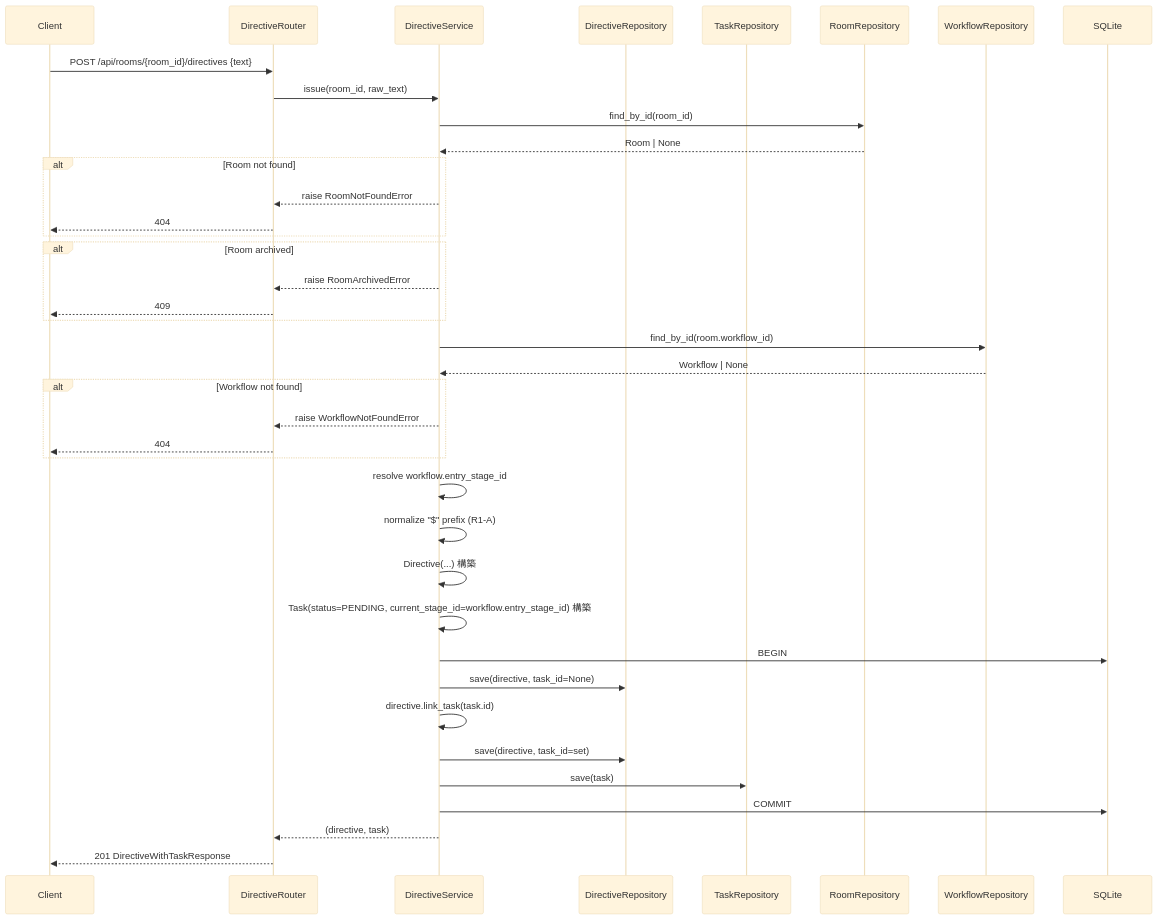
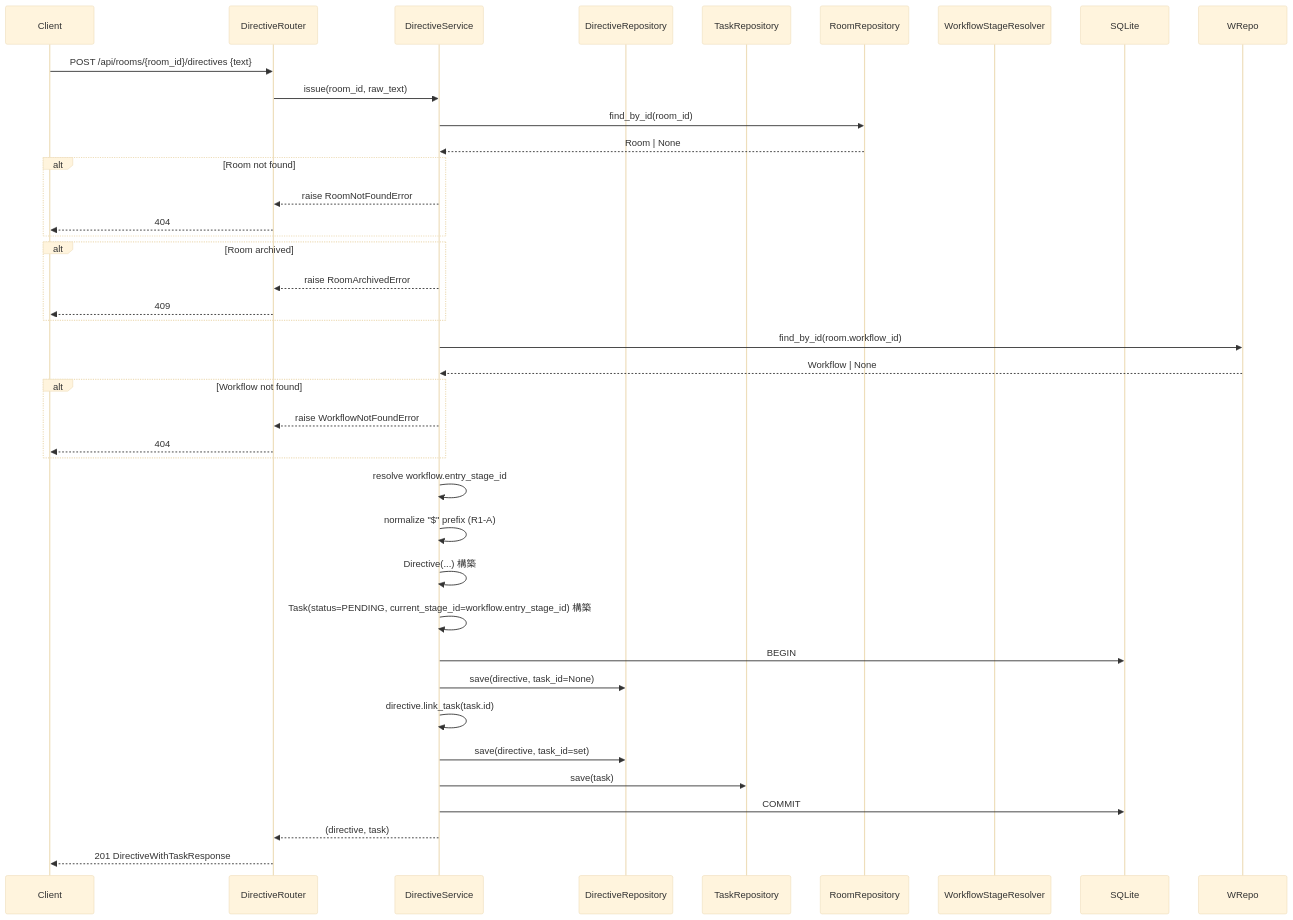
The second of 3 diagrams in docs/features/directive/http-api/basic-design.md (bakufu-dev/bakufu), drawn with Mermaid (base theme) before and after one commit. The commit also changed other lines of this file and 15 other files, not shown here.

````diff
--- a/docs/features/directive/http-api/basic-design.md
+++ b/docs/features/directive/http-api/basic-design.md
@@ -194,42 +194,42 @@
 ```mermaid
 sequenceDiagram
     participant C as Client
     participant R as DirectiveRouter
     participant S as DirectiveService
     participant DRepo as DirectiveRepository
     participant TRepo as TaskRepository
     participant RRepo as RoomRepository
-    participant WRepo as WorkflowRepository
+    participant WStage as WorkflowStageResolver
     participant DB as SQLite
 
     C->>R: POST /api/rooms/{room_id}/directives {text}
     R->>S: issue(room_id, raw_text)
     S->>RRepo: find_by_id(room_id)
     RRepo-->>S: Room | None
     alt Room not found
         S-->>R: raise RoomNotFoundError
         R-->>C: 404
     end
     alt Room archived
         S-->>R: raise RoomArchivedError
         R-->>C: 409
     end
     S->>WRepo: find_by_id(room.workflow_id)
     WRepo-->>S: Workflow | None
     alt Workflow not found
         S-->>R: raise WorkflowNotFoundError
         R-->>C: 404
     end
     S->>S: resolve workflow.entry_stage_id
     S->>S: normalize "$" prefix (R1-A)
     S->>S: Directive(...) 構築
     S->>S: Task(status=PENDING, current_stage_id=workflow.entry_stage_id) 構築
     S->>DB: BEGIN
     S->>DRepo: save(directive, task_id=None)
     S->>S: directive.link_task(task.id)
     S->>DRepo: save(directive, task_id=set)
     S->>TRepo: save(task)
     S->>DB: COMMIT
     S-->>R: (directive, task)
     R-->>C: 201 DirectiveWithTaskResponse
 ```
````
